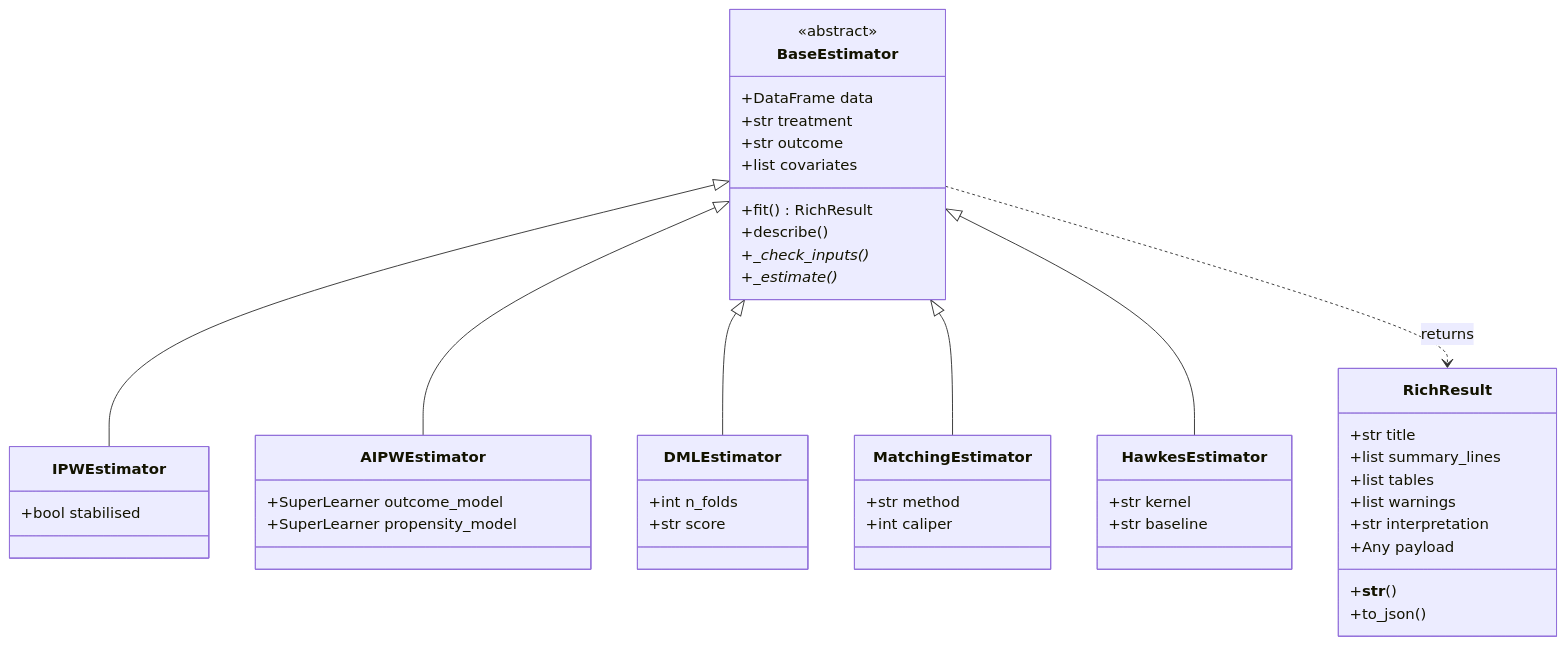
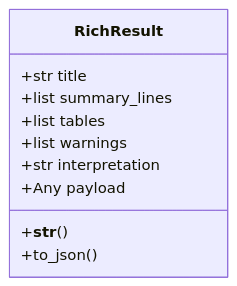
Before and after one commit to rootcoder007/rootcoder007: the first of 2 diagrams in README.md, drawn with Mermaid. The commit also changed other lines of this file, not shown here.

````diff
--- a/README.md
+++ b/README.md
@@ -69,53 +71,13 @@
 ```mermaid
 classDiagram
   class RichResult {
     +str title
     +list summary_lines
     +list tables
     +list warnings
     +str interpretation
     +Any payload
     +__str__()
     +to_json()
   }
-
-  class BaseEstimator {
-    <<abstract>>
-    +DataFrame data
-    +str treatment
-    +str outcome
-    +list covariates
-    +fit() RichResult
-    +describe()
-    +_check_inputs()*
-    +_estimate()*
-  }
-
-  class IPWEstimator {
-    +bool stabilised
-  }
-  class AIPWEstimator {
-    +SuperLearner outcome_model
-    +SuperLearner propensity_model
-  }
-  class DMLEstimator {
-    +int n_folds
-    +str score
-  }
-  class MatchingEstimator {
-    +str method
-    +int caliper
-  }
-  class HawkesEstimator {
-    +str kernel
-    +str baseline
-  }
-
-  BaseEstimator <|-- IPWEstimator
-  BaseEstimator <|-- AIPWEstimator
-  BaseEstimator <|-- DMLEstimator
-  BaseEstimator <|-- MatchingEstimator
-  BaseEstimator <|-- HawkesEstimator
-
-  BaseEstimator ..> RichResult : returns
 ```
````
